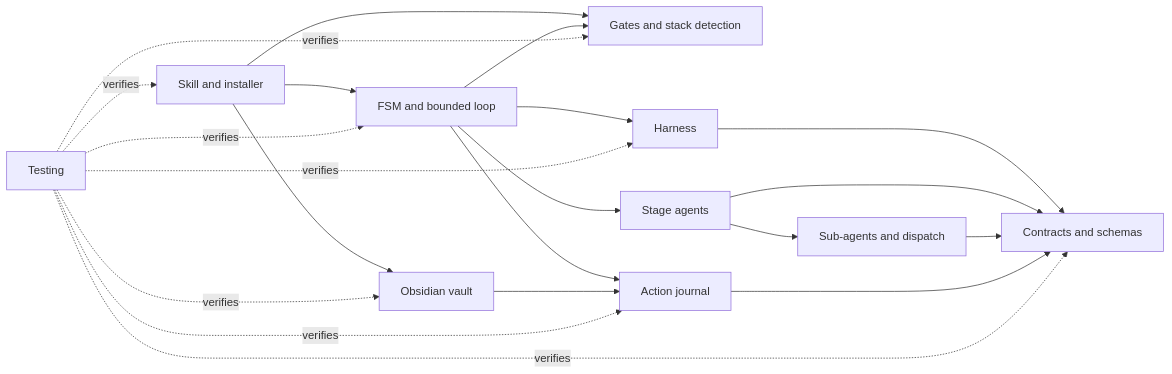
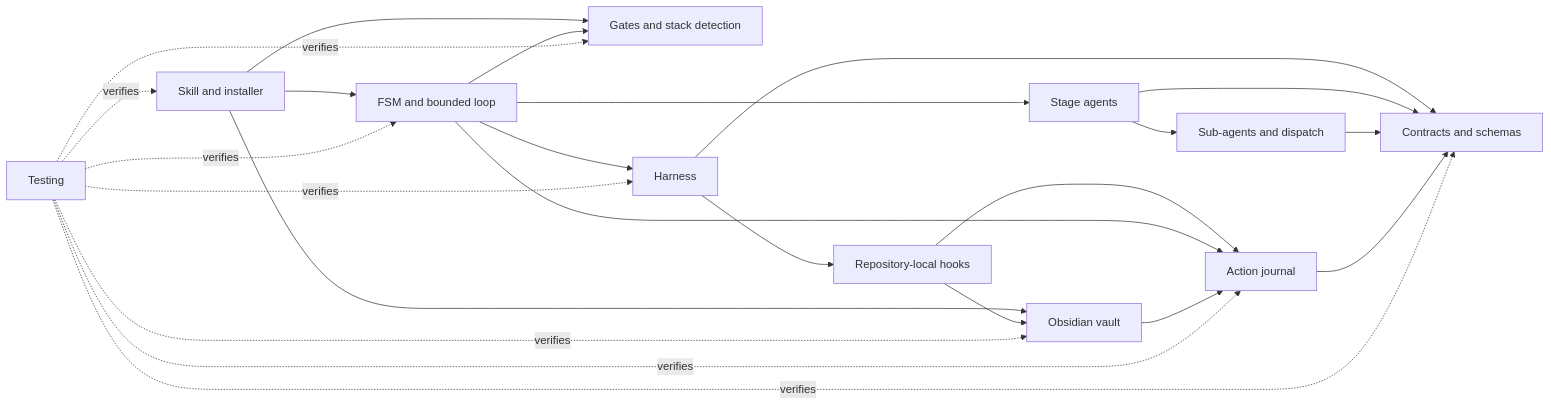
The diagram in docs/README.md (FelipeAngeli/hermes-sdd-orchestrator), drawn with Mermaid before and after one commit. The commit also changed other lines of this file and 19 other files, not shown here.

Commit message:
feat(orchestrator): add repository-local hooks

````diff
--- a/docs/README.md
+++ b/docs/README.md
@@ -35,17 +36,20 @@
 ```mermaid
 flowchart LR
     SK[Skill and installer] --> FSM[FSM and bounded loop]
     SK --> G[Gates and stack detection]
     SK --> OB[Obsidian vault]
     FSM --> H[Harness]
     H --> C
+    H --> HK[Repository-local hooks]
+    HK --> J
+    HK --> OB
     FSM --> J[Action journal]
     FSM --> A[Stage agents]
     FSM --> G
     A --> C[Contracts and schemas]
     A --> S[Sub-agents and dispatch]
     S --> C
     J --> C
     OB --> J
     T[Testing] -.verifies.-> FSM & H & J & C & G & OB & SK
 ```
````
